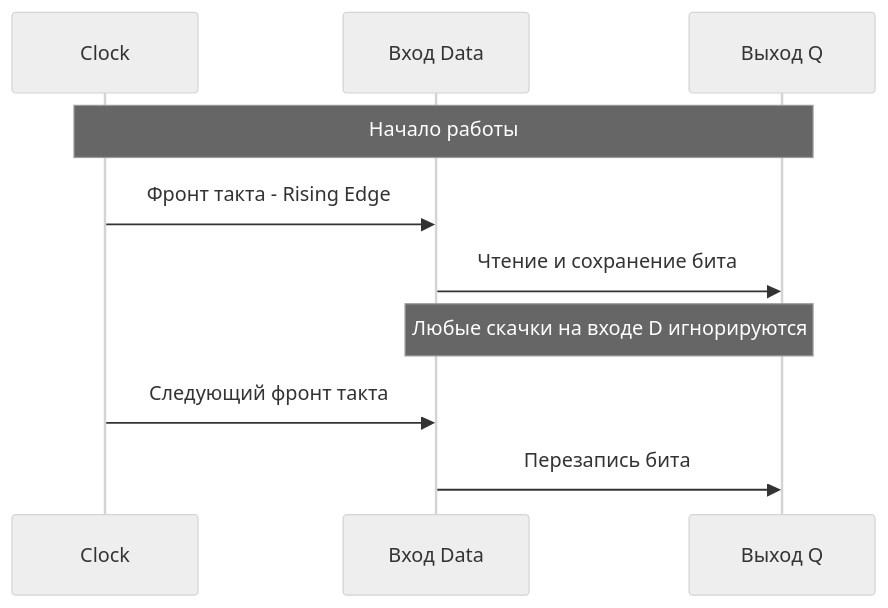
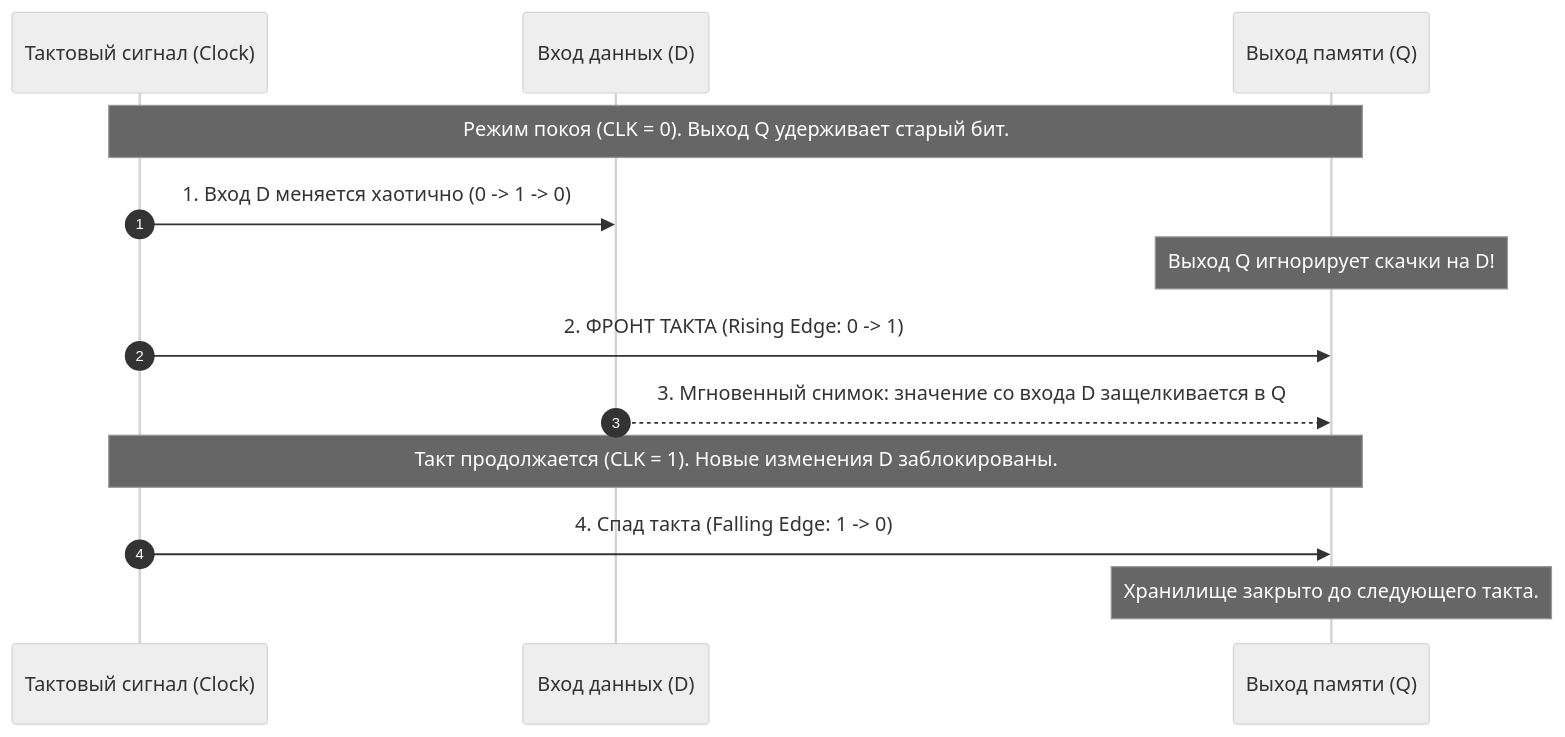
Before and after one commit to UnrealTemplier/go-textbook: the fourth of 5 diagrams in sources/1. Архитектура компьютера/4. Последовательностная логика. Учим кремний помнить.md, drawn with Mermaid (neutral theme). The commit also changed other lines of this file, not shown here.

````diff
--- a/sources/1. Архитектура компьютера/4. Последовательностная логика. Учим кремний помнить.md
+++ b/sources/1. Архитектура компьютера/4. Последовательностная логика. Учим кремний помнить.md
@@ -55,13 +154,16 @@
 ```mermaid
 sequenceDiagram
-    participant CLK as Clock
-    participant D as Вход Data
-    participant Q as Выход Q
+    autonumber
+    participant CLK as Тактовый сигнал (Clock)
+    participant D as Вход данных (D)
+    participant Q as Выход памяти (Q)
     
-    Note over CLK, Q: Начало работы
-    CLK->>D: Фронт такта - Rising Edge
-    D->>Q: Чтение и сохранение бита
-    Note over D, Q: Любые скачки на входе D игнорируются
-    CLK->>D: Следующий фронт такта
-    D->>Q: Перезапись бита
+    Note over CLK, Q: Режим покоя (CLK = 0). Выход Q удерживает старый бит.
+    CLK->>D: 1. Вход D меняется хаотично (0 -> 1 -> 0)
+    Note over Q: Выход Q игнорирует скачки на D!
+    CLK->>Q: 2. ФРОНТ ТАКТА (Rising Edge: 0 -> 1)
+    D-->>Q: 3. Мгновенный снимок: значение со входа D защелкивается в Q
+    Note over CLK, Q: Такт продолжается (CLK = 1). Новые изменения D заблокированы.
+    CLK->>Q: 4. Спад такта (Falling Edge: 1 -> 0)
+    Note over Q: Хранилище закрыто до следующего такта.
 ```
````
